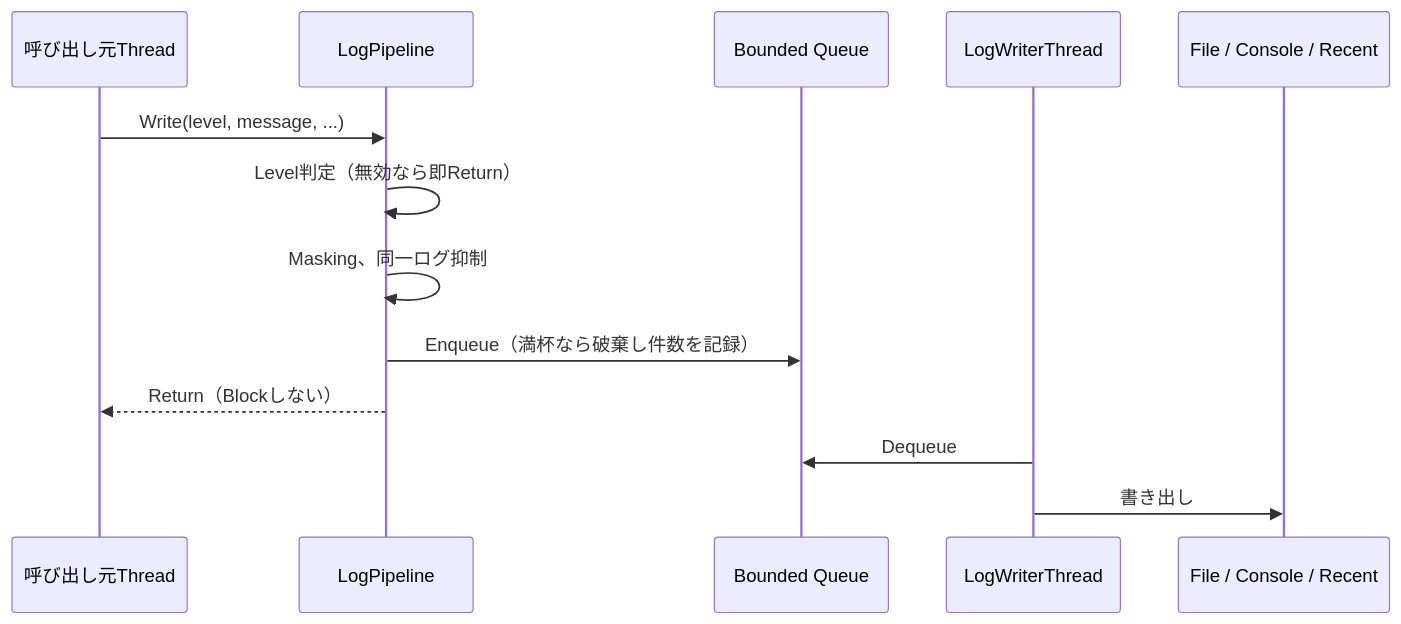
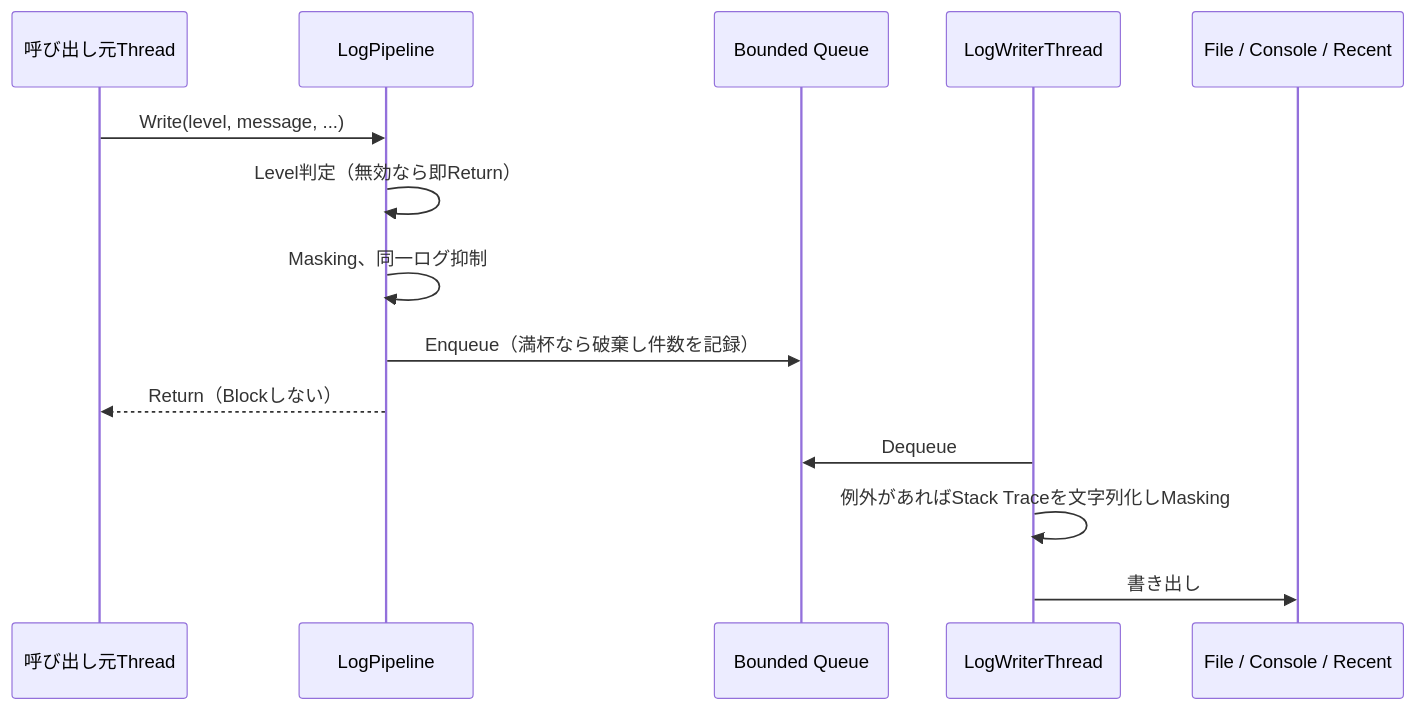
Before and after one commit to Yupopyoi/virtual-vessel-studio: the fourth of 4 diagrams in docs/ja/detailed-design/diagnostics-logging.md, drawn with Mermaid. The commit also changed other lines of this file and 1 other file, not shown here.

````diff
--- a/docs/ja/detailed-design/diagnostics-logging.md
+++ b/docs/ja/detailed-design/diagnostics-logging.md
@@ -330,16 +332,17 @@
 ```mermaid
 sequenceDiagram
     participant Caller as 呼び出し元Thread
     participant Pipeline as LogPipeline
     participant Queue as Bounded Queue
     participant Writer as LogWriterThread
     participant Sinks as File / Console / Recent
 
     Caller->>Pipeline: Write(level, message, ...)
     Pipeline->>Pipeline: Level判定（無効なら即Return）
     Pipeline->>Pipeline: Masking、同一ログ抑制
     Pipeline->>Queue: Enqueue（満杯なら破棄し件数を記録）
     Pipeline-->>Caller: Return（Blockしない）
     Writer->>Queue: Dequeue
+    Writer->>Writer: 例外があればStack Traceを文字列化しMasking
     Writer->>Sinks: 書き出し
 ```
````
